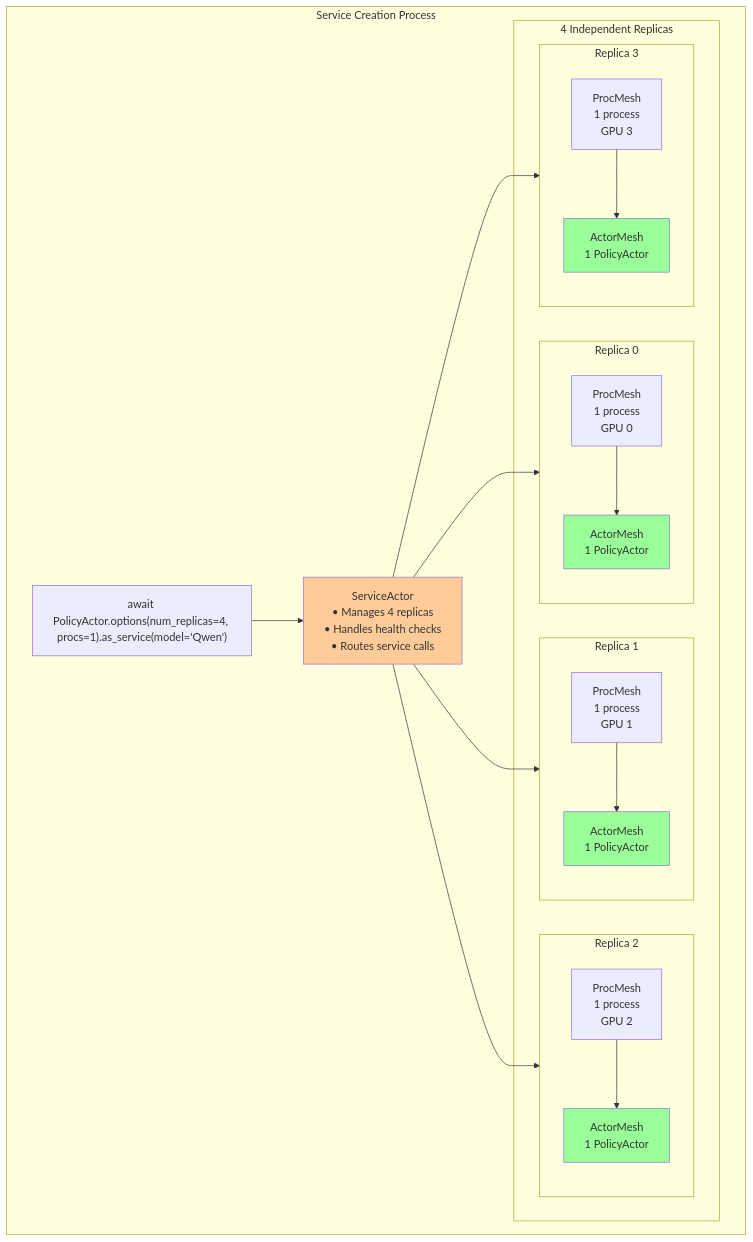
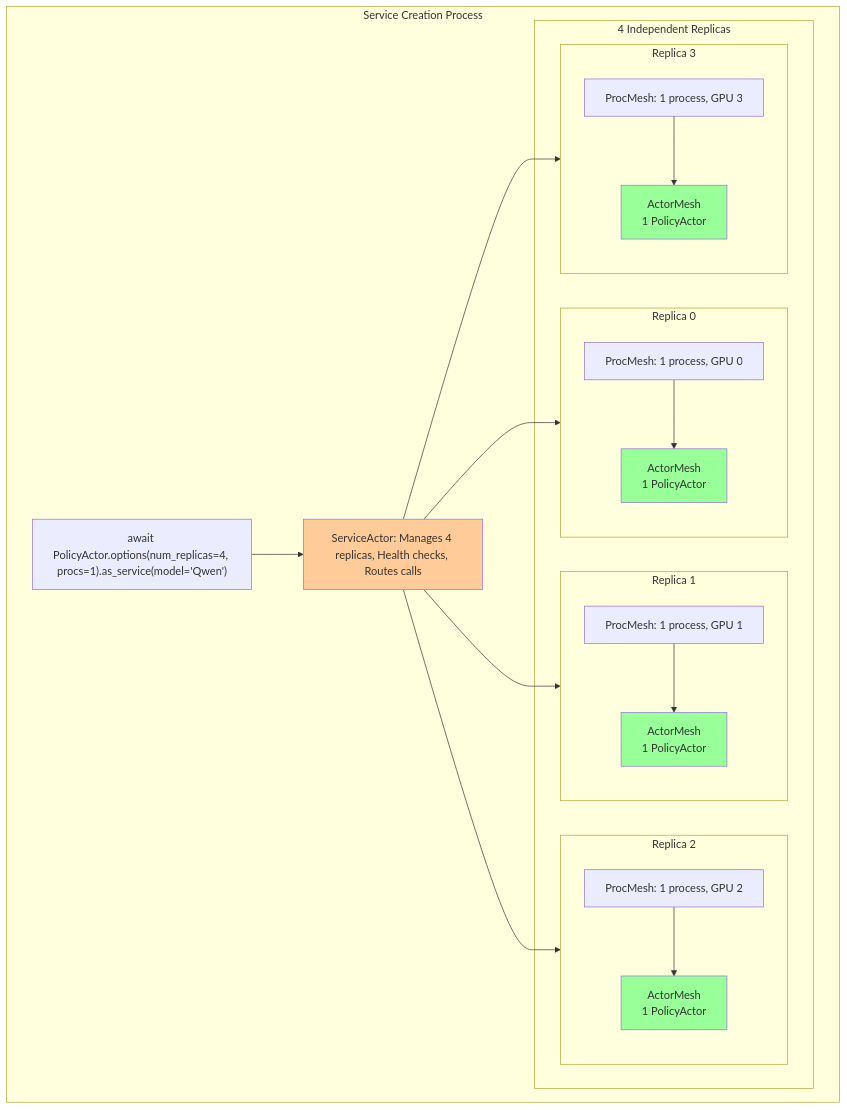
One commit to meta-pytorch/torchforge changed the sixth of 8 diagrams in docs/Tutorials/3_Monarch_101.MD. Above: the diagram before and after it, drawn with Mermaid. The commit also changed other lines of this file and 2 other files, not shown here.

````diff
--- a/docs/Tutorials/3_Monarch_101.MD
+++ b/docs/Tutorials/3_Monarch_101.MD
@@ -274,46 +274,46 @@
 ```mermaid
 graph TD
     subgraph ServiceCreation["Service Creation Process"]
         Call["await PolicyActor.options(num_replicas=4, procs=1).as_service(model='Qwen')"]
 
-        ServiceActor["ServiceActor<br/>• Manages 4 replicas<br/>• Handles health checks<br/>• Routes service calls"]
+        ServiceActor["ServiceActor: Manages 4 replicas, Health checks, Routes calls"]
 
         subgraph Replicas["4 Independent Replicas"]
             subgraph R0["Replica 0"]
-                PM0["ProcMesh<br/>1 process<br/>GPU 0"]
+                PM0["ProcMesh: 1 process, GPU 0"]
                 AM0["ActorMesh<br/>1 PolicyActor"]
             end
 
             subgraph R1["Replica 1"]
-                PM1["ProcMesh<br/>1 process<br/>GPU 1"]
+                PM1["ProcMesh: 1 process, GPU 1"]
                 AM1["ActorMesh<br/>1 PolicyActor"]
             end
 
             subgraph R2["Replica 2"]
-                PM2["ProcMesh<br/>1 process<br/>GPU 2"]
+                PM2["ProcMesh: 1 process, GPU 2"]
                 AM2["ActorMesh<br/>1 PolicyActor"]
             end
 
             subgraph R3["Replica 3"]
-                PM3["ProcMesh<br/>1 process<br/>GPU 3"]
+                PM3["ProcMesh: 1 process, GPU 3"]
                 AM3["ActorMesh<br/>1 PolicyActor"]
             end
         end
 
         Call --> ServiceActor
         ServiceActor --> R0
         ServiceActor --> R1
         ServiceActor --> R2
         ServiceActor --> R3
         PM0 --> AM0
         PM1 --> AM1
         PM2 --> AM2
         PM3 --> AM3
     end
 
     style ServiceActor fill:#ffcc99
     style AM0 fill:#99ff99
     style AM1 fill:#99ff99
     style AM2 fill:#99ff99
     style AM3 fill:#99ff99
 ```
````
